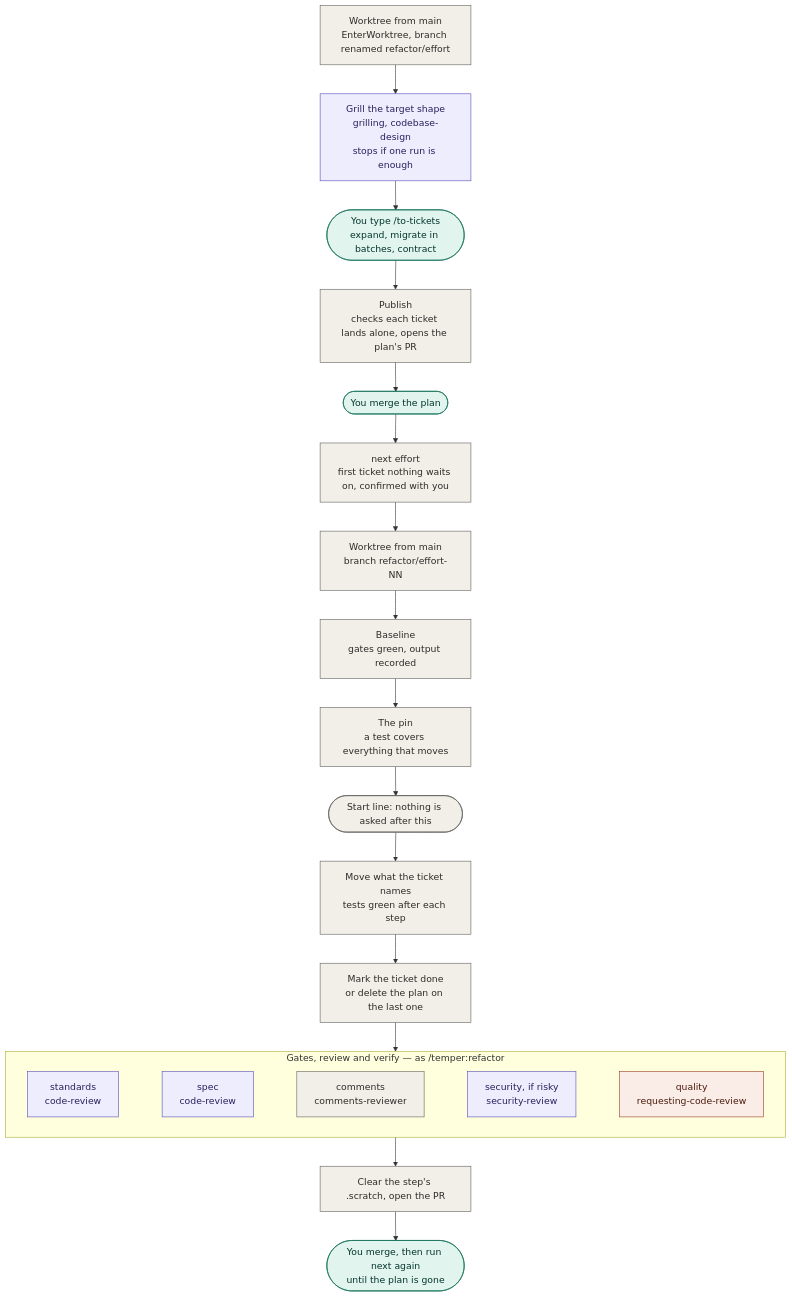
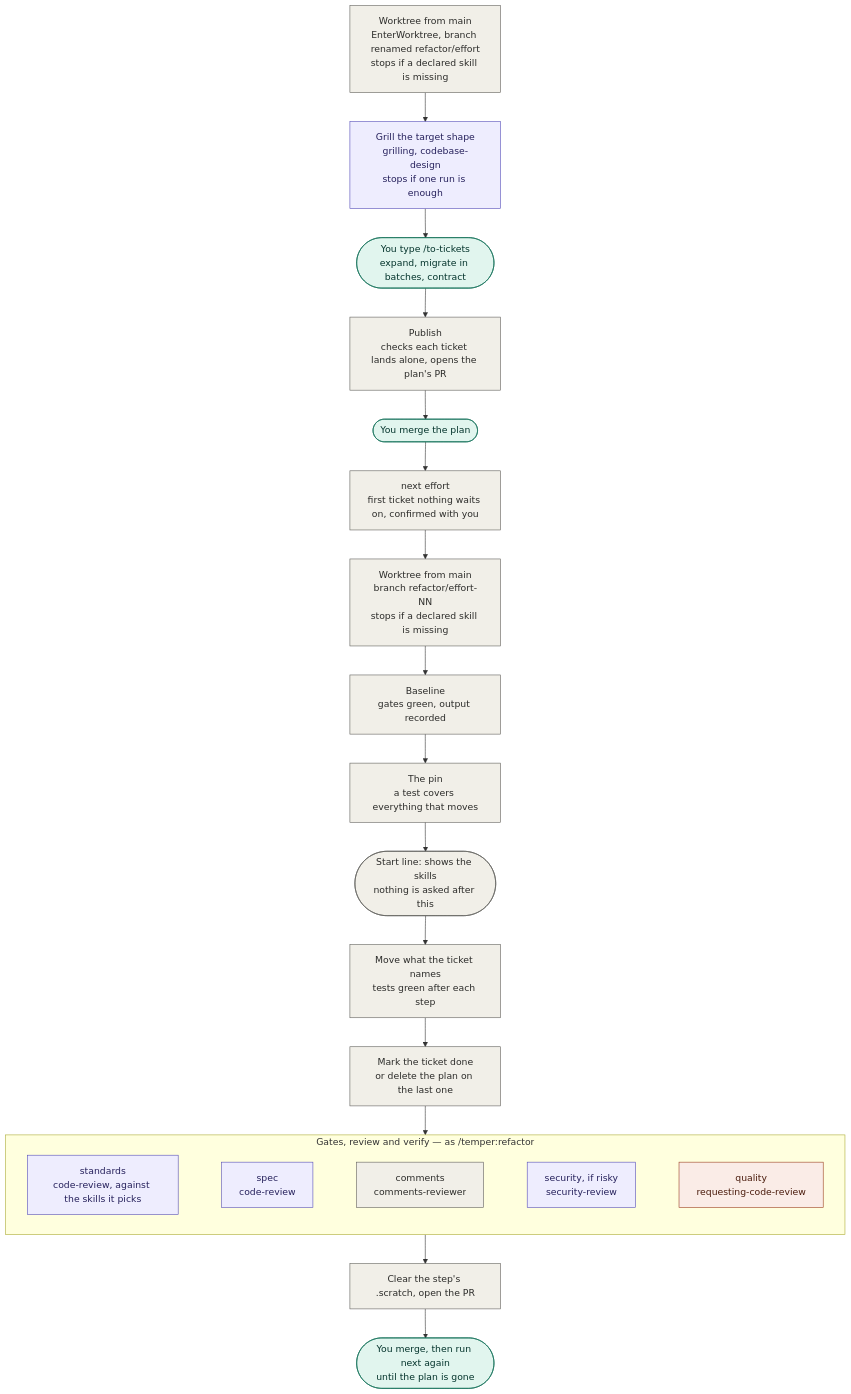
One commit to junayed711/temper changed the fourth of 6 diagrams in README.md. Above: the diagram before and after it, drawn with Mermaid. The commit also changed other lines of this file, not shown here.

Commit message:
show skill routing in the readme workflow diagrams

````diff
--- a/README.md
+++ b/README.md
@@ -461,35 +461,35 @@
 ```mermaid
 flowchart TD
-    wt["Worktree from main<br/>EnterWorktree, branch renamed refactor/effort"]:::temper
+    wt["Worktree from main<br/>EnterWorktree, branch renamed refactor/effort<br/>stops if a declared skill is missing"]:::temper
     grill["Grill the target shape<br/>grilling, codebase-design<br/>stops if one run is enough"]:::matt
     tickets(["You type /to-tickets<br/>expand, migrate in batches, contract"]):::you
     publish["Publish<br/>checks each ticket lands alone, opens the plan's PR"]:::temper
     mergeplan(["You merge the plan"]):::you
     next["next effort<br/>first ticket nothing waits on, confirmed with you"]:::temper
-    wt2["Worktree from main<br/>branch refactor/effort-NN"]:::temper
+    wt2["Worktree from main<br/>branch refactor/effort-NN<br/>stops if a declared skill is missing"]:::temper
     base["Baseline<br/>gates green, output recorded"]:::temper
     pin["The pin<br/>a test covers everything that moves"]:::temper
-    go(["Start line: nothing is asked after this"]):::temper
+    go(["Start line: shows the skills<br/>nothing is asked after this"]):::temper
     move["Move what the ticket names<br/>tests green after each step"]:::temper
     mark["Mark the ticket done<br/>or delete the plan on the last one"]:::temper
 
     subgraph panel["Gates, review and verify — as /temper:refactor"]
         direction LR
-        r1["standards<br/>code-review"]:::matt
+        r1["standards<br/>code-review, against the skills it picks"]:::matt
         r2["spec<br/>code-review"]:::matt
         r3["comments<br/>comments-reviewer"]:::temper
         r4["security, if risky<br/>security-review"]:::matt
         r5["quality<br/>requesting-code-review"]:::sp
         r1 ~~~ r2 ~~~ r3 ~~~ r4 ~~~ r5
     end
 
     pr["Clear the step's .scratch, open the PR"]:::temper
     merge(["You merge, then run next again<br/>until the plan is gone"]):::you
 
     wt --> grill --> tickets --> publish --> mergeplan --> next --> wt2 --> base --> pin --> go --> move --> mark --> panel --> pr --> merge
 
     classDef matt fill:#EEEDFE,stroke:#534AB7,color:#26215C
     classDef sp fill:#FAECE7,stroke:#993C1D,color:#4A1B0C
     classDef you fill:#E1F5EE,stroke:#0F6E56,color:#04342C
     classDef temper fill:#F1EFE8,stroke:#5F5E5A,color:#2C2C2A
 ```
````
